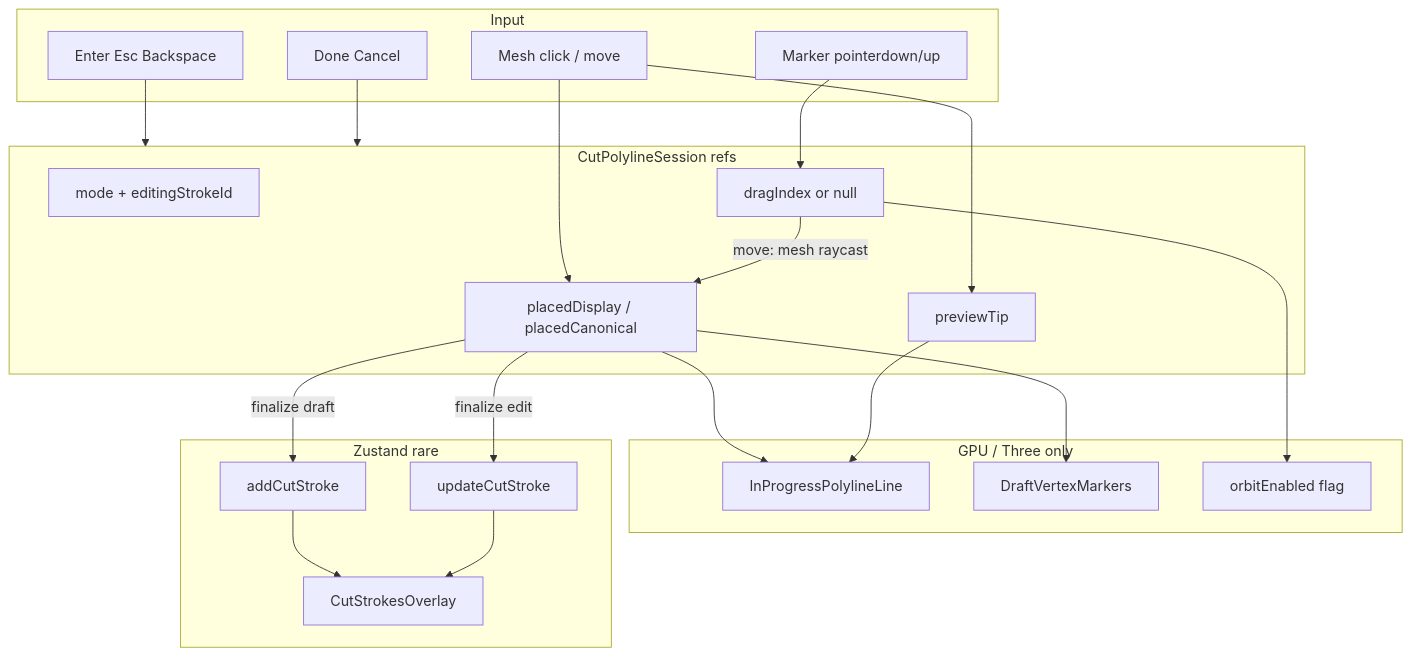
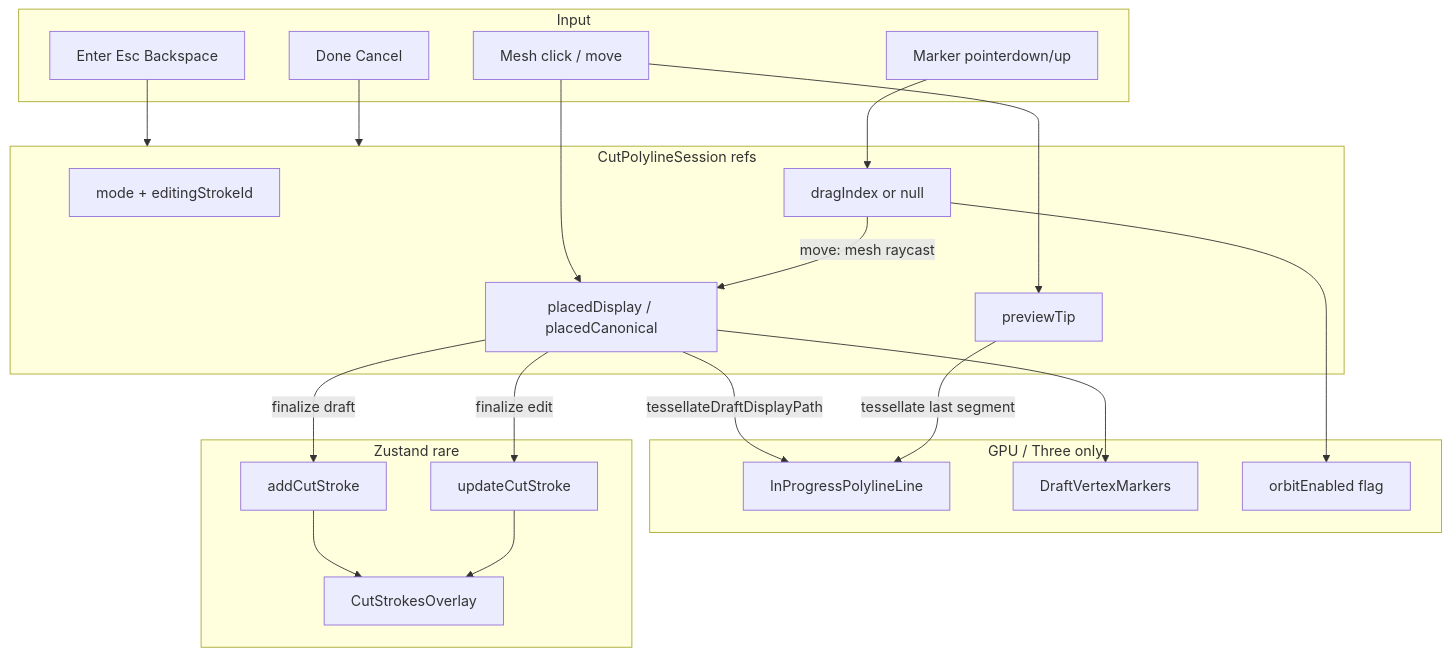
Before and after one commit to NitayBrandriss/3DFlatter: the second of 2 diagrams in .cursor/plans/polyline_cut_tool_318885f7.plan.md, drawn with Mermaid. The commit also changed other lines of this file, not shown here.

````diff
--- a/.cursor/plans/polyline_cut_tool_318885f7.plan.md
+++ b/.cursor/plans/polyline_cut_tool_318885f7.plan.md
@@ -79,39 +81,39 @@
 ```mermaid
 flowchart TB
   subgraph input [Input]
     meshClick["Mesh click / move"]
     markerPtr["Marker pointerdown/up"]
     keys["Enter Esc Backspace"]
     sidebar["Done Cancel"]
   end
   subgraph session [CutPolylineSession refs]
     mode["mode + editingStrokeId"]
     placed["placedDisplay / placedCanonical"]
     tip["previewTip"]
     drag["dragIndex or null"]
   end
   subgraph imperative [GPU / Three only]
     line["InProgressPolylineLine"]
     markers["DraftVertexMarkers"]
     orbit["orbitEnabled flag"]
   end
   subgraph zustand [Zustand rare]
     add["addCutStroke"]
     upd["updateCutStroke"]
     overlay["CutStrokesOverlay"]
   end
   meshClick --> placed
   meshClick --> tip
   markerPtr --> drag
   drag -->|"move: mesh raycast"| placed
-  placed --> line
-  tip --> line
+  placed -->|"tessellateDraftDisplayPath"| line
+  tip -->|"tessellate last segment"| line
   placed --> markers
   drag --> orbit
   keys --> session
   sidebar --> session
   placed -->|"finalize draft"| add
   placed -->|"finalize edit"| upd
   add --> overlay
   upd --> overlay
 ```
````
